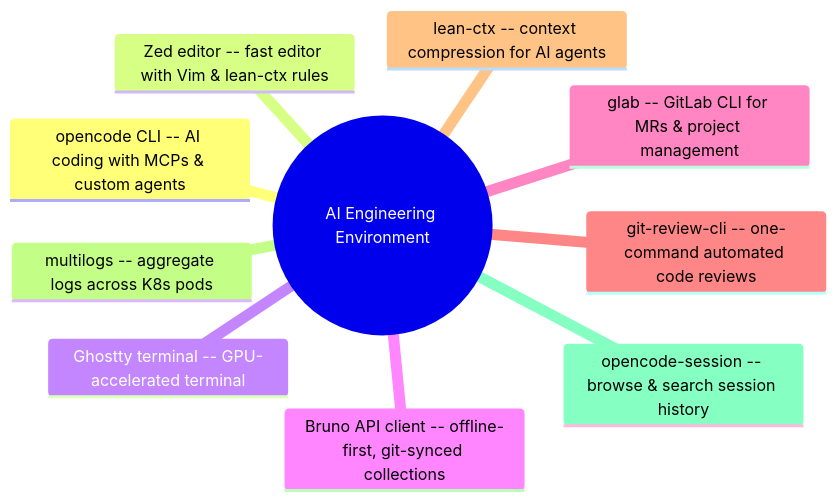
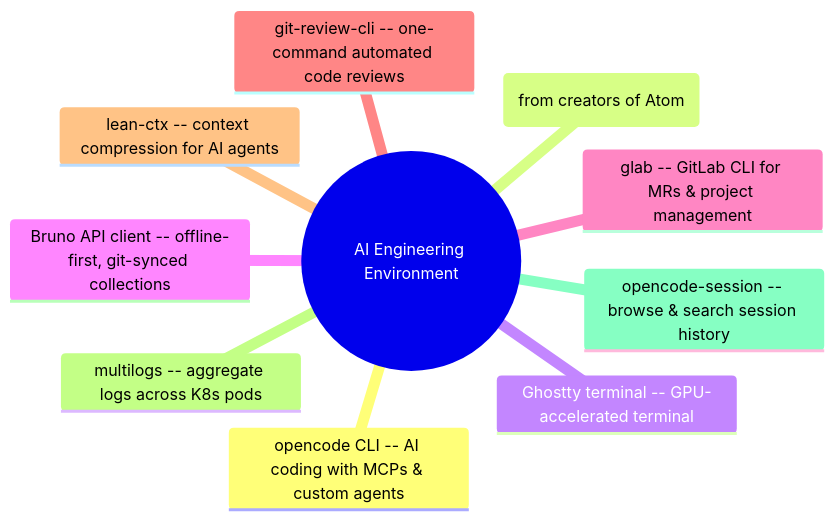
Before and after one commit to vianhanif/opencode-environment-bootstrap: the diagram in README.md, drawn with Mermaid.

Commit message:
docs: fix Zed description from its GitHub repo

````diff
--- a/README.md
+++ b/README.md
@@ -7,13 +7,13 @@
 ```mermaid
 mindmap
   root((AI Engineering Environment))
     opencode CLI -- AI coding with MCPs & custom agents
-    Zed editor -- fast editor with Vim & lean-ctx rules
+    Zed editor -- high-performance, multiplayer code editor (from creators of Atom)
     Ghostty terminal -- GPU-accelerated terminal
     Bruno API client -- offline-first, git-synced collections
     glab -- GitLab CLI for MRs & project management
     git-review-cli -- one-command automated code reviews
     lean-ctx -- context compression for AI agents
     multilogs -- aggregate logs across K8s pods
     opencode-session -- browse & search session history
 ```
````
